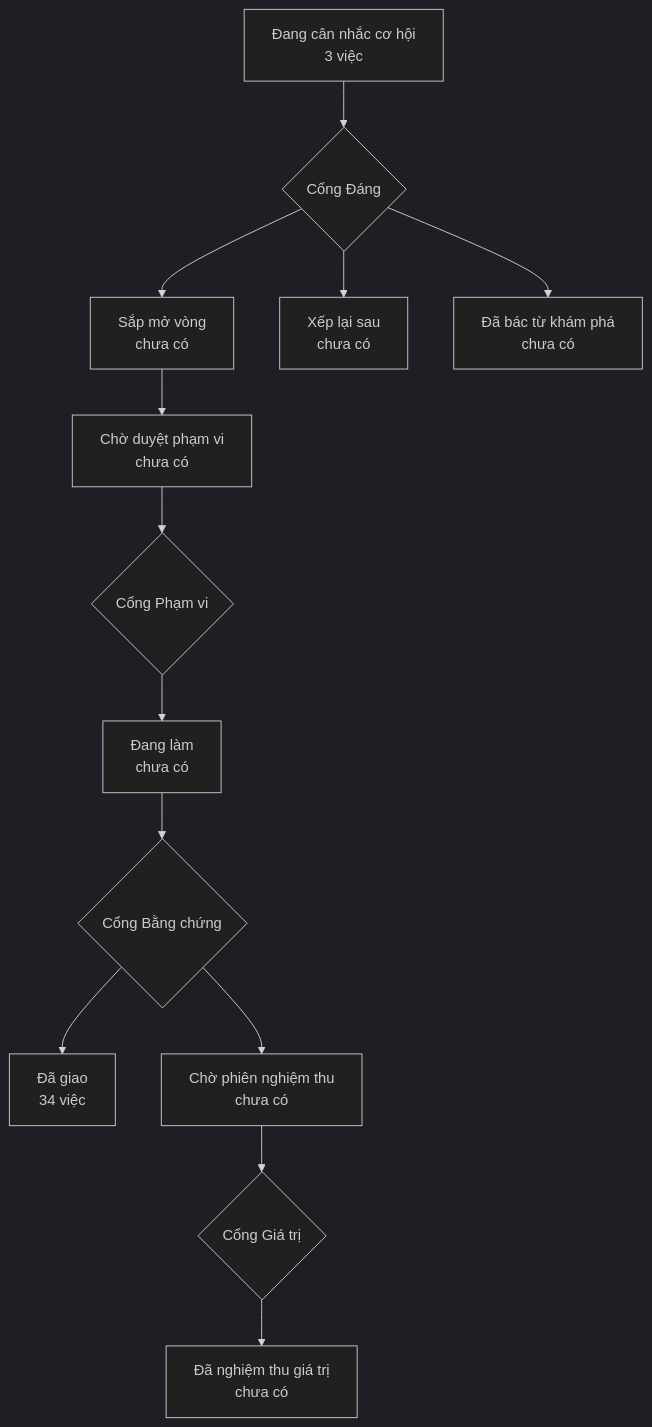
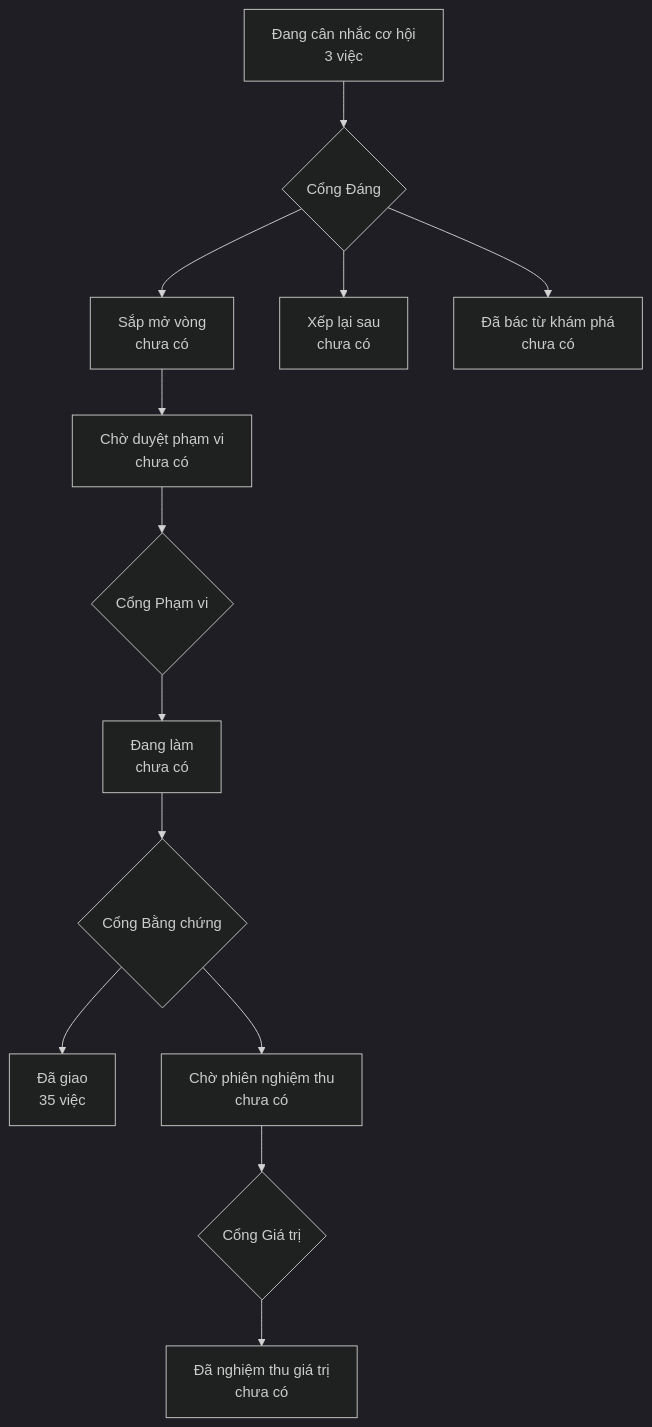
One commit to phanlemanh/OneFlow changed the diagram in PRODUCT-MAP.md. Above: the diagram before and after it, drawn with Mermaid (dark theme). The commit also changed other lines of this file and 3 other files, not shown here.

````diff
--- a/PRODUCT-MAP.md
+++ b/PRODUCT-MAP.md
@@ -6,12 +6,12 @@
 ```mermaid
 flowchart TD
   A["Đang cân nhắc cơ hội<br/>3 việc"] --> GD{"Cổng Đáng"}
   GD --> B["Sắp mở vòng<br/>chưa có"]
   GD --> XL["Xếp lại sau<br/>chưa có"]
   GD --> DB["Đã bác từ khám phá<br/>chưa có"]
   B --> CD["Chờ duyệt phạm vi<br/>chưa có"] --> GP{"Cổng Phạm vi"}
   GP --> DL["Đang làm<br/>chưa có"] --> GB{"Cổng Bằng chứng"}
-  GB --> DG["Đã giao<br/>34 việc"]
+  GB --> DG["Đã giao<br/>35 việc"]
   GB --> CN["Chờ phiên nghiệm thu<br/>chưa có"] --> GG{"Cổng Giá trị"}
   GG --> NT["Đã nghiệm thu giá trị<br/>chưa có"]
 ```
````
